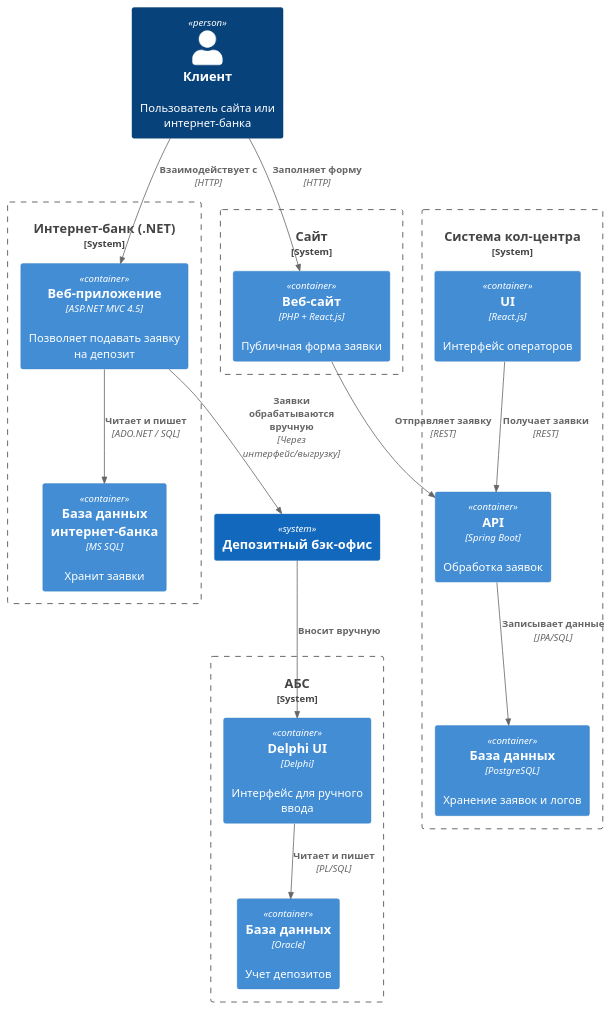
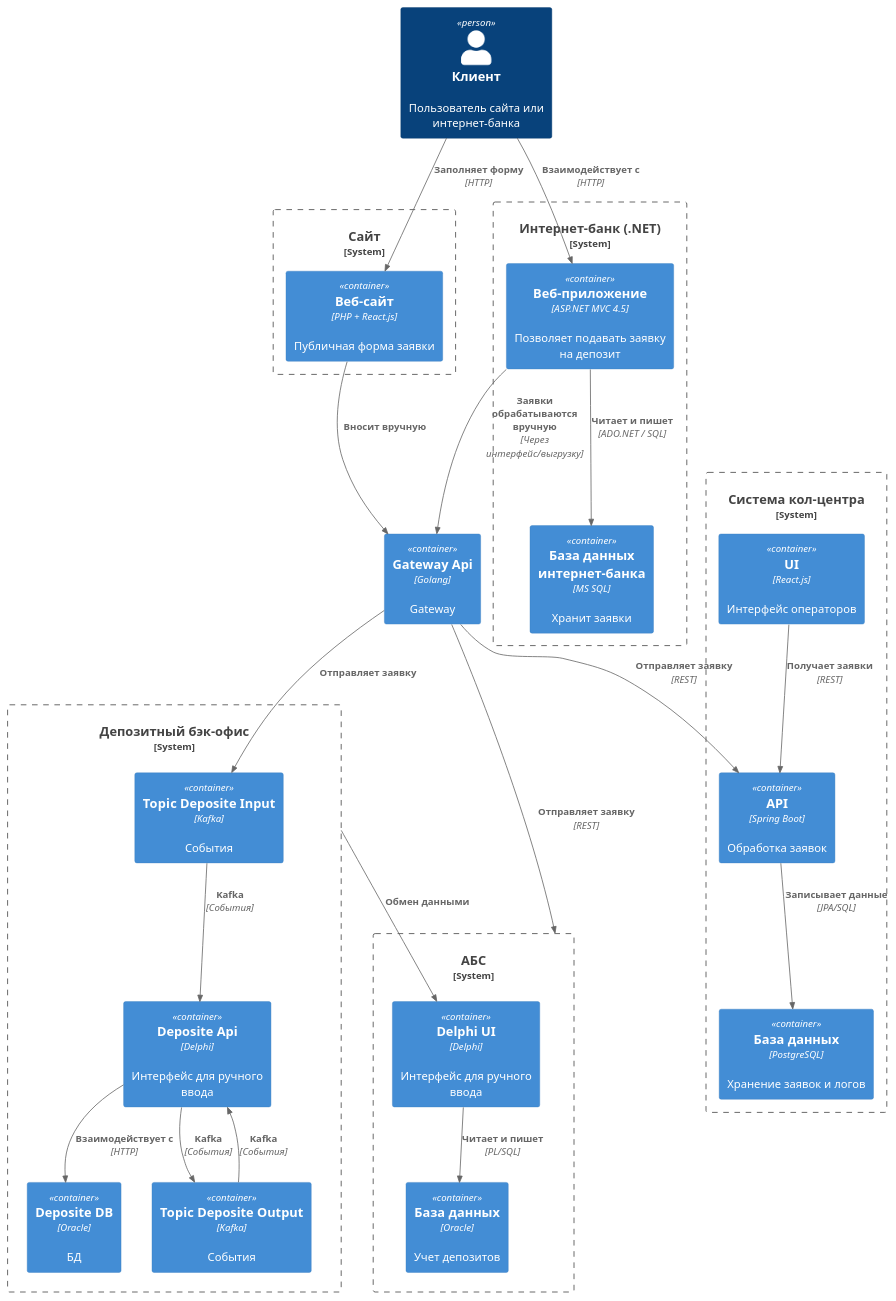
One commit to PuryginKE/architecture-standart changed the diagram in Task3/diagrams/container/Container.puml. Above: the diagram before and after it, drawn with PlantUML. The commit also changed 4 other files, not shown here.

```diff
--- a/Task3/diagrams/container/Container.puml
+++ b/Task3/diagrams/container/Container.puml
@@ -1,39 +1,58 @@
 @startuml Containers
 !includeurl https://raw.githubusercontent.com/plantuml-stdlib/C4-PlantUML/master/C4_Container.puml
 
 Person(customer, "Клиент", "Пользователь сайта или интернет-банка")
 
 System_Boundary(internetBank, "Интернет-банк (.NET)") {
    Container(webApp, "Веб-приложение", "ASP.NET MVC 4.5", "Позволяет подавать заявку на депозит")
    Container(sqlDb, "База данных интернет-банка", "MS SQL", "Хранит заявки")
 }
 
 System_Boundary(websiteSystem, "Сайт") {
    Container(websiteApp, "Веб-сайт", "PHP + React.js", "Публичная форма заявки")
 }
 
 System_Boundary(callCenterSys, "Система кол-центра") {
    Container(callCenterUi, "UI", "React.js", "Интерфейс операторов")
    Container(callCenterApi, "API", "Spring Boot", "Обработка заявок")
    Container(callCenterDb, "База данных", "PostgreSQL", "Хранение заявок и логов")
 }
 
 System_Boundary(abs, "АБС") {
    Container(absUi, "Delphi UI", "Delphi", "Интерфейс для ручного ввода")
    Container(absDb, "База данных", "Oracle", "Учет депозитов")
 }
 
-System(backOffice, "Депозитный бэк-офис")
+System_Boundary(backOfficeSystem, "Депозитный бэк-офис") {
+  Container(depositeApi, "Deposite Api", "Delphi", "Интерфейс для ручного ввода")
+  Container(depositeDb, "Deposite DB", "Oracle", "БД")
+  Container(topicDepositeInput, "Topic Deposite Input", "Kafka","События")
+  Container(topicDepositeOutput, "Topic Deposite Output", "Kafka","События")
+}
+
+Container(gatewayApi, "Gateway Api", "Golang", "Gateway")
 
 Rel(customer, webApp, "Взаимодействует с", "HTTP")
+
+Rel(webApp, gatewayApi, "Заявки обрабатываются вручную", "Через интерфейс/выгрузку")
+Rel(websiteApp, gatewayApi, "Вносит вручную")
+
+Rel(gatewayApi, topicDepositeInput, "Отправляет заявку")
+Rel(gatewayApi, callCenterApi, "Отправляет заявку", "REST")
+Rel(gatewayApi, abs, "Отправляет заявку", "REST")
+
 Rel(webApp, sqlDb, "Читает и пишет", "ADO.NET / SQL")
-Rel(webApp, backOffice, "Заявки обрабатываются вручную", "Через интерфейс/выгрузку")
 
 Rel(customer, websiteApp, "Заполняет форму", "HTTP")
-Rel(websiteApp, callCenterApi, "Отправляет заявку", "REST")
 Rel(callCenterApi, callCenterDb, "Записывает данные", "JPA/SQL")
 Rel(callCenterUi, callCenterApi, "Получает заявки", "REST")
 
-Rel(backOffice, absUi, "Вносит вручную")
+Rel(depositeApi, depositeDb, "Взаимодействует с", "HTTP")
+
+Rel(topicDepositeInput, depositeApi, "Kafka", "События")
+Rel(depositeApi, topicDepositeOutput, "Kafka", "События")
+Rel(topicDepositeOutput, depositeApi, "Kafka", "События")
+
+Rel(backOfficeSystem, absUi, "Обмен данными")
 Rel(absUi, absDb, "Читает и пишет", "PL/SQL")
 @enduml
```
